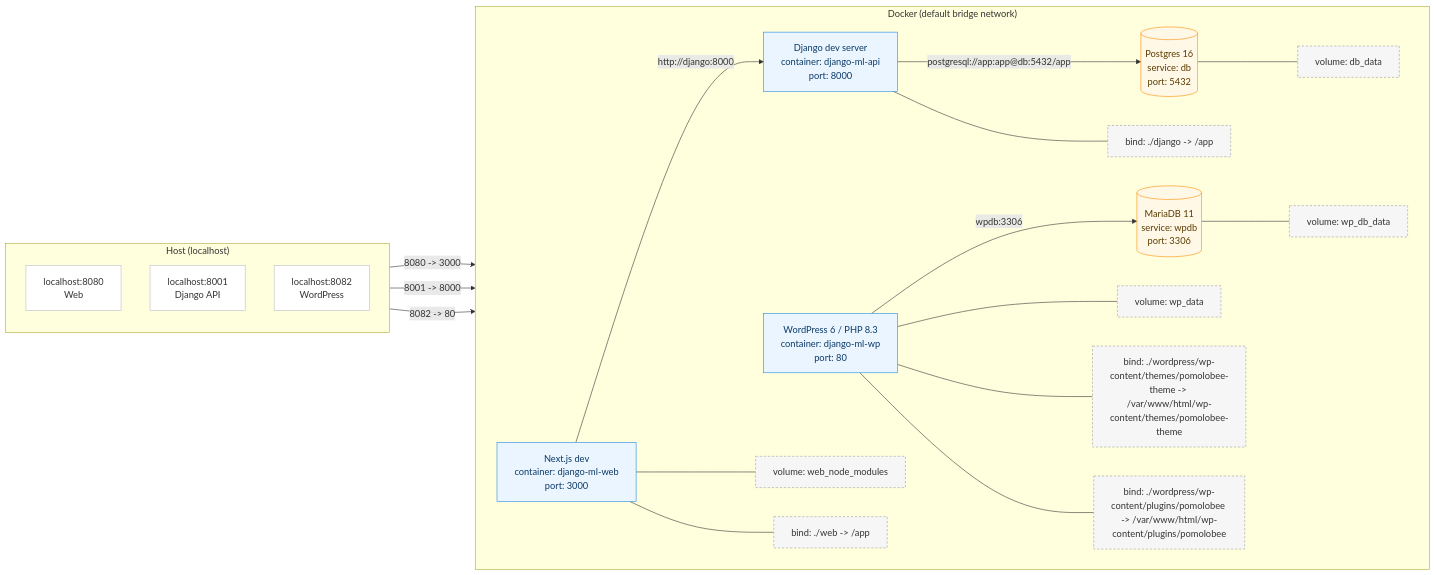
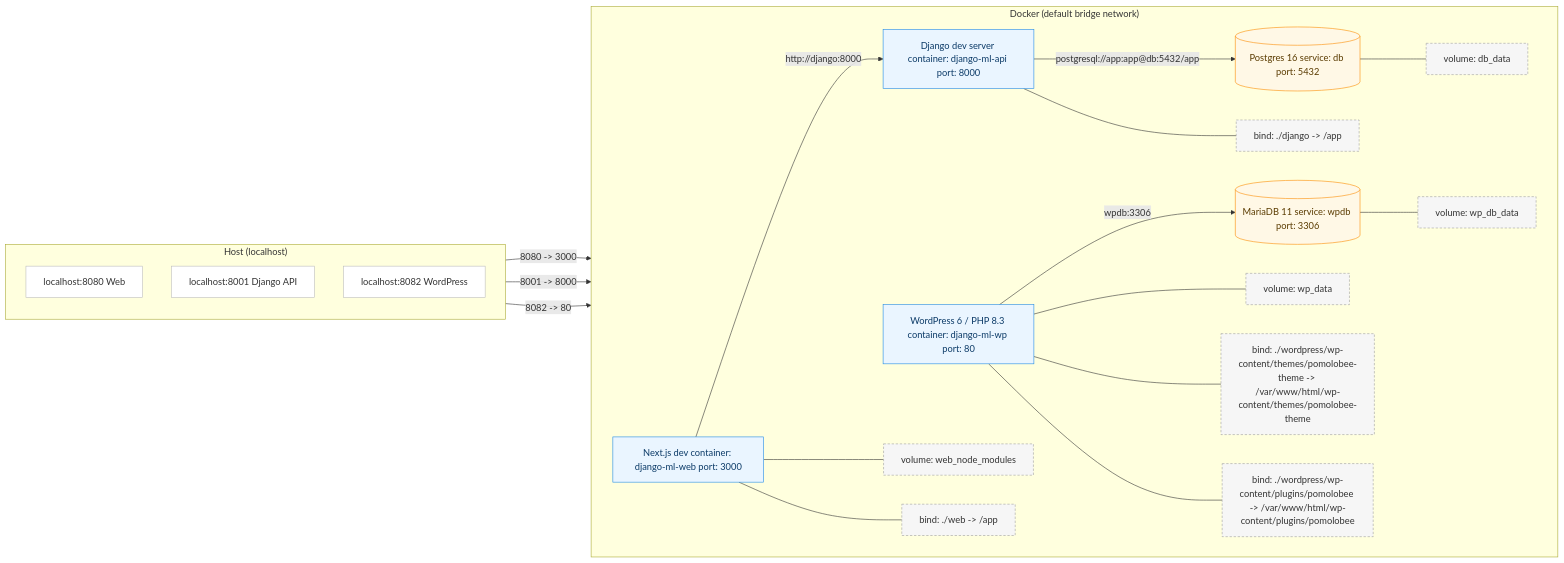
The diagram in README.md (nathabee/django-ml), drawn with Mermaid before and after one commit. The commit also changed other lines of this file and 382 other files, not shown here.

````diff
--- a/README.md
+++ b/README.md
@@ -16,49 +12,49 @@
 ```mermaid 
 flowchart LR
   %% =========== Styles ===========
   classDef svc fill:#eaf5ff,stroke:#1e88e5,color:#0b3a67;
   classDef db  fill:#fff8e6,stroke:#fb8c00,color:#5a3b00;
   classDef vol fill:#f6f6f6,stroke:#9e9e9e,stroke-dasharray:4 3,color:#333;
   classDef host fill:#ffffff,stroke:#bdbdbd,color:#333;
 
   %% =========== Host (ports) ===========
   subgraph Host["Host (localhost)"]
     direction TB
-    H8080["localhost:8080\nWeb"]:::host
-    H8001["localhost:8001\nDjango API"]:::host
-    H8082["localhost:8082\nWordPress"]:::host
+    H8080["localhost:8080 Web"]:::host
+    H8001["localhost:8001 Django API"]:::host
+    H8082["localhost:8082 WordPress"]:::host
   end
 
   %% =========== Docker network ===========
   subgraph Docker["Docker (default bridge network)"]
     direction LR
 
-    Web["Next.js dev\ncontainer: django-ml-web\nport: 3000"]:::svc
-    Django["Django dev server\ncontainer: django-ml-api\nport: 8000"]:::svc
-    PG[("Postgres 16\nservice: db\nport: 5432")]:::db
-    WP["WordPress 6 / PHP 8.3\ncontainer: django-ml-wp\nport: 80"]:::svc
-    WPDB[("MariaDB 11\nservice: wpdb\nport: 3306")]:::db
+    Web["Next.js dev container: django-ml-web port: 3000"]:::svc
+    Django["Django dev server container: django-ml-api port: 8000"]:::svc
+    PG[("Postgres 16 service: db port: 5432")]:::db
+    WP["WordPress 6 / PHP 8.3 container: django-ml-wp port: 80"]:::svc
+    WPDB[("MariaDB 11 service: wpdb port: 3306")]:::db
 
     %% Service links
     Web -- "http://django:8000" --> Django
     Django -- "postgresql://app:app@db:5432/app" --> PG
     WP -- "wpdb:3306" --> WPDB
 
     %% Volumes & bind mounts
     Web --- VNM["volume: web_node_modules"]:::vol
     PG  --- VPG["volume: db_data"]:::vol
     WP  --- VWP["volume: wp_data"]:::vol
     WPDB --- VWPD["volume: wp_db_data"]:::vol
 
     Web --- BWEB["bind: ./web -> /app"]:::vol
     Django --- BDJ["bind: ./django -> /app"]:::vol
     WP --- BTH["bind: ./wordpress/wp-content/themes/pomolobee-theme -> /var/www/html/wp-content/themes/pomolobee-theme"]:::vol
     WP --- BPL["bind: ./wordpress/wp-content/plugins/pomolobee -> /var/www/html/wp-content/plugins/pomolobee"]:::vol
   end
 
   %% =========== Port mappings (host -> containers) ===========
   H8080 -->|"8080 -> 3000"| Web
   H8001 -->|"8001 -> 8000"| Django
   H8082 -->|"8082 -> 80"| WP
 
 ```
````
